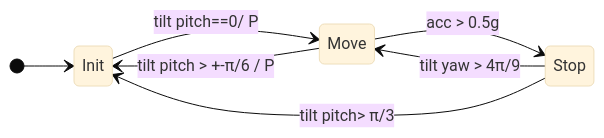
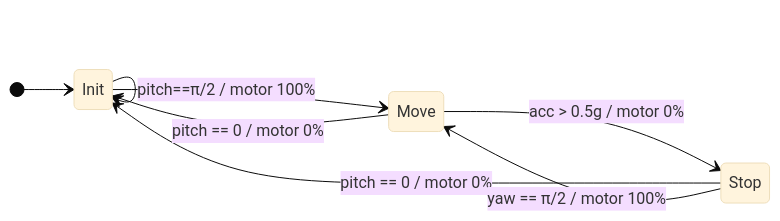
One commit to Thomas-Kragerud/SubmarineProject changed the diagram in README.md. Above: the diagram before and after it, drawn with Mermaid (base theme). The commit also changed other lines of this file and 96 other files, not shown here.

````diff
--- a/README.md
+++ b/README.md
@@ -8,13 +23,14 @@
 ```mermaid
 stateDiagram-V2
 	direction LR
 	s1: Init
 	s2: Move
 	s3: Stop
 	[*]--> s1
-	s1-->s2: tilt pitch==0/ P 
-	s2-->s1: tilt pitch > +-π/6 / P
-	s2-->s3: acc > 0.5g
-	s3-->s1: tilt pitch> π/3
-	s3-->s2: tilt yaw > 4π/9 
+	s1-->s1: 
+	s1-->s2: pitch==π/2 / motor 100% 
+	s2-->s1: pitch == 0 / motor 0%
+	s2-->s3: acc > 0.5g / motor 0%
+	s3-->s1: pitch == 0 / motor 0%
+	s3-->s2: yaw == π/2 / motor 100%
 ```
````
